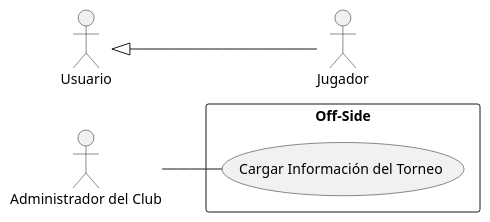
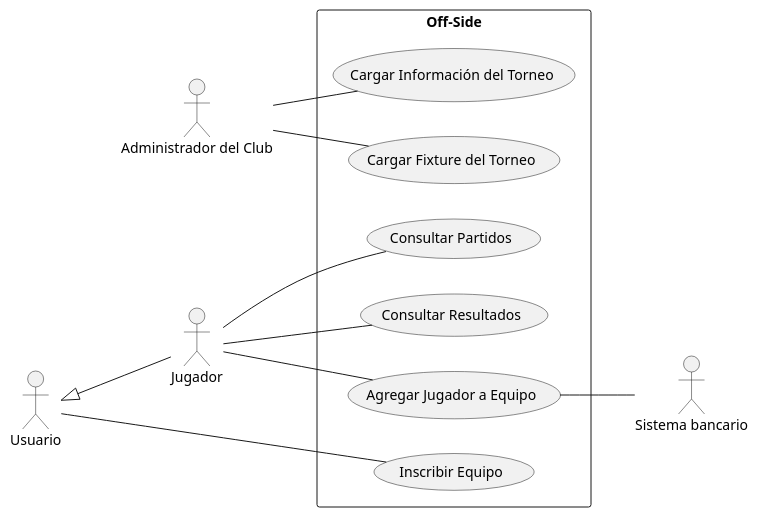
One commit to Z0SO/UML-Practice changed the diagram in Modelos parciales/modelo 2.md. Above: the diagram before and after it, drawn with PlantUML. The commit also changed 1 other file, not shown here.

Commit message:
haciendo modelo parcial 2 (sin terminar)

````diff
--- a/Modelos parciales/modelo 2.md
+++ b/Modelos parciales/modelo 2.md
@@ -106,25 +106,36 @@
 ```plantuml
 @startuml
 left to right direction
 
 actor "Administrador del Club" as admin
 
 ' este es el actor responsable de la inscripción del equipo ya que puede o no ser jugador
 actor "Usuario" as usuario
 
 actor "Jugador" as jugador
 
+actor "Sistema bancario" as banco
 
 usuario <|-- jugador
 
 
 rectangle "Off-Side"{
 
     'casos de uso de administrador   
     admin -- (Cargar Información del Torneo)
+    admin -- (Cargar Fixture del Torneo)
+    ' admin -- (Cancelar Torneo) // creo que forma parte del CU anterior
 
+    'casos de uso de usuario
+    usuario -- (Inscribir Equipo)
+
+    'casos de uso de jugador
+    jugador -- (Consultar Partidos)
+    jugador -- (Consultar Resultados)
+    jugador -- (Agregar Jugador a Equipo)
+    (Agregar Jugador a Equipo) -- banco
 }
 
 
 @enduml
 ```
````
